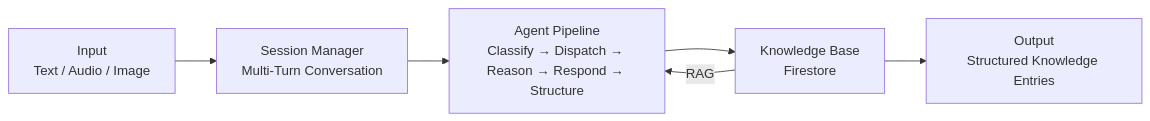
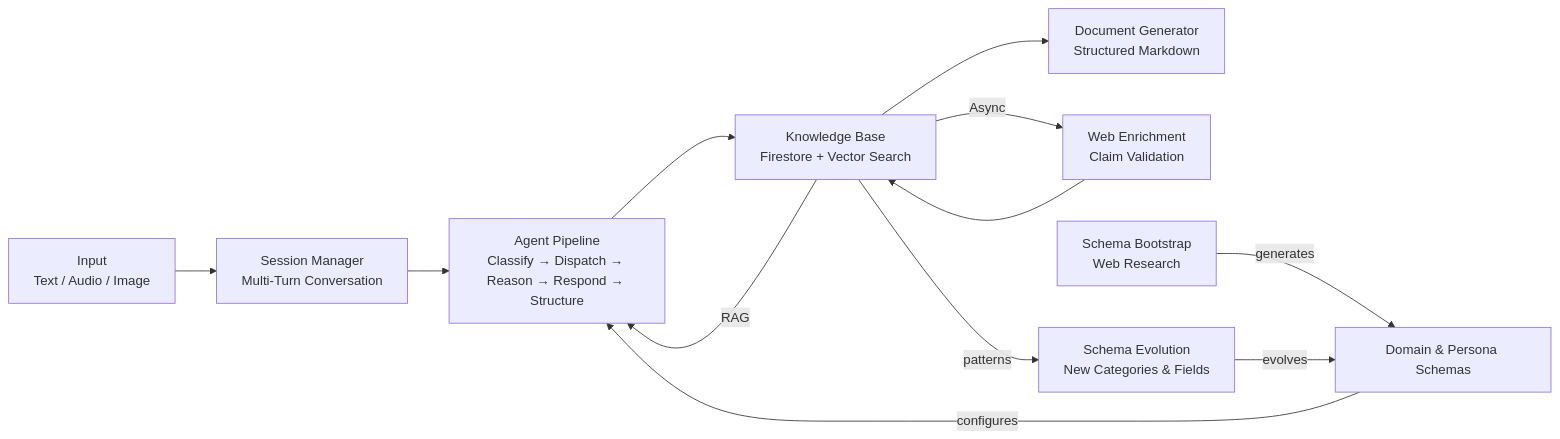
The diagram in README.md (mulkatz/mycel), drawn with Mermaid before and after one commit. The commit also changed other lines of this file, not shown here.

````diff
--- a/README.md
+++ b/README.md
@@ -24,8 +121,14 @@
 ```mermaid
 graph LR
     A[Input<br/>Text / Audio / Image] --> B[Session Manager<br/>Multi-Turn Conversation]
     B --> C[Agent Pipeline<br/>Classify → Dispatch → Reason → Respond → Structure]
-    C --> D[Knowledge Base<br/>Firestore]
-    D --> E[Output<br/>Structured Knowledge Entries]
+    C --> D[Knowledge Base<br/>Firestore + Vector Search]
+    D --> E[Document Generator<br/>Structured Markdown]
     D -->|RAG| C
+    D -->|Async| F[Web Enrichment<br/>Claim Validation]
+    F --> D
+    G[Schema Bootstrap<br/>Web Research] -->|generates| H[Domain & Persona Schemas]
+    H -->|configures| C
+    D -->|patterns| I[Schema Evolution<br/>New Categories & Fields]
+    I -->|evolves| H
 ```
````
